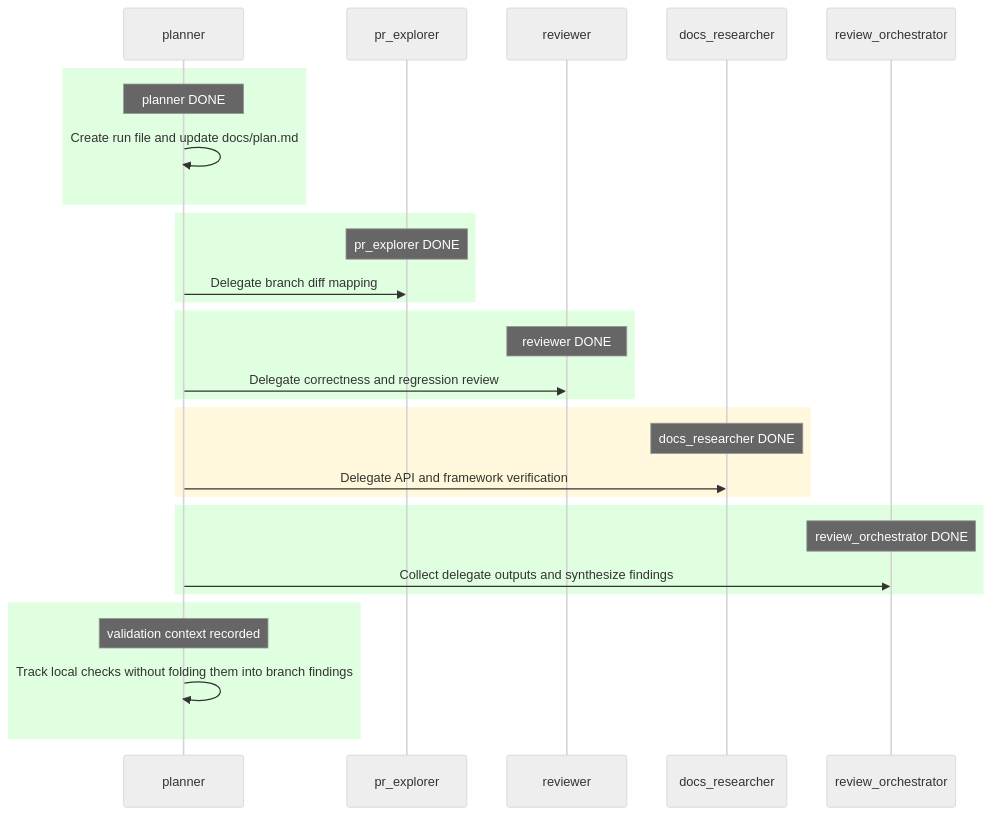
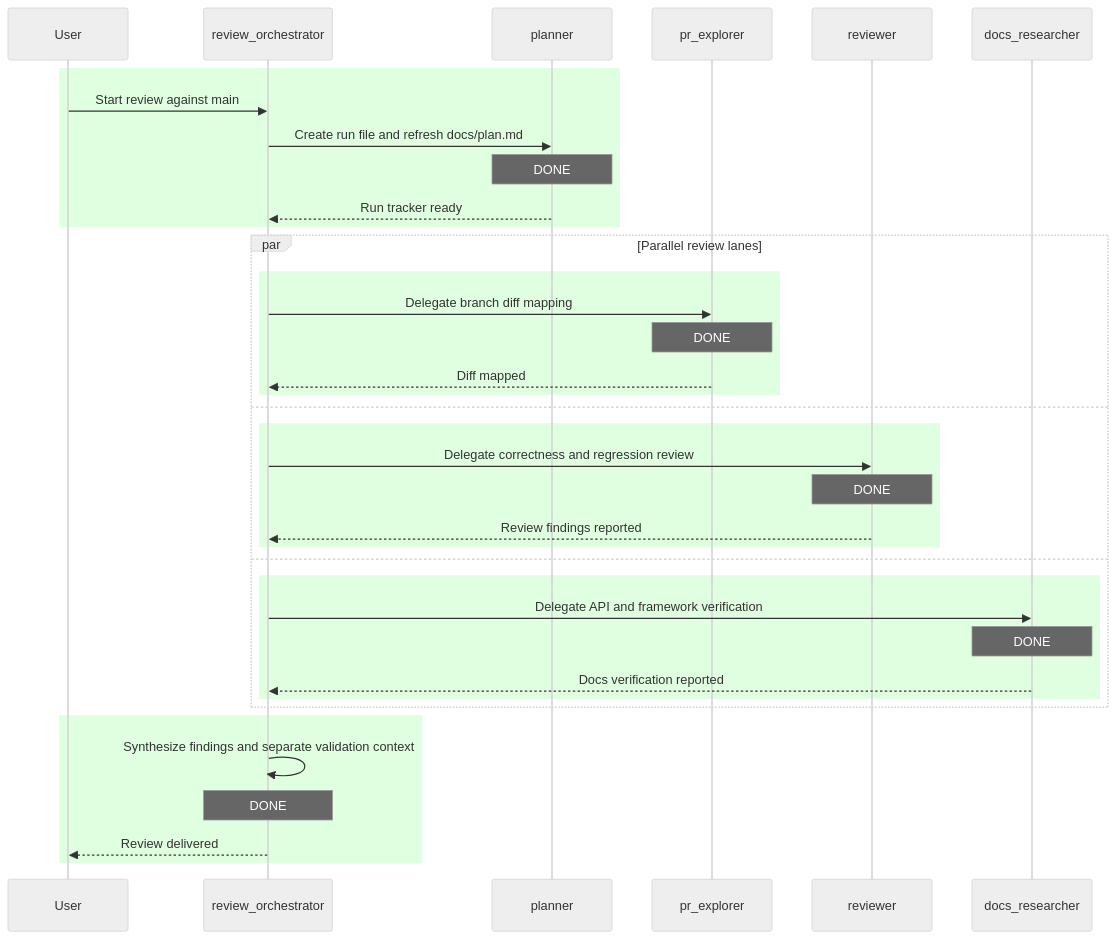
Before and after one commit to juananmora/test-codex-ide: the diagram in docs/plans/2026-03-20_12-01-57_review-main.md, drawn with Mermaid (neutral theme). The commit also changed 1 other file, not shown here.

Commit message:
Enhance review orchestration flow in sequence diagrams for clarity and detail

````diff
--- a/docs/plans/2026-03-20_12-01-57_review-main.md
+++ b/docs/plans/2026-03-20_12-01-57_review-main.md
@@ -48,38 +48,42 @@
 ```mermaid
 sequenceDiagram
+    participant U as User
+    participant O as review_orchestrator
     participant P as planner
     participant E as pr_explorer
     participant R as reviewer
     participant D as docs_researcher
-    participant O as review_orchestrator
 
     rect rgb(224, 255, 224)
-        note over P: planner DONE
-        P->>P: Create run file and update docs/plan.md
+        U->>O: Start review against main
+        O->>P: Create run file and refresh docs/plan.md
+        Note over P: DONE
+        P-->>O: Run tracker ready
+    end
+
+    par Parallel review lanes
+        rect rgb(224, 255, 224)
+        O->>E: Delegate branch diff mapping
+        Note over E: DONE
+        E-->>O: Diff mapped
+        end
+    and
+        rect rgb(224, 255, 224)
+        O->>R: Delegate correctness and regression review
+        Note over R: DONE
+        R-->>O: Review findings reported
+        end
+    and
+        rect rgb(224, 255, 224)
+        O->>D: Delegate API and framework verification
+        Note over D: DONE
+        D-->>O: Docs verification reported
+        end
     end
 
     rect rgb(224, 255, 224)
-        note over E: pr_explorer DONE
-        P->>E: Delegate branch diff mapping
-    end
-
-    rect rgb(224, 255, 224)
-        note over R: reviewer DONE
-        P->>R: Delegate correctness and regression review
-    end
-
-    rect rgb(255, 248, 220)
-        note over D: docs_researcher DONE
-        P->>D: Delegate API and framework verification
-    end
-
-    rect rgb(224, 255, 224)
-        note over O: review_orchestrator DONE
-        P->>O: Collect delegate outputs and synthesize findings
-    end
-
-    rect rgb(224, 255, 224)
-        note over P: validation context recorded
-        P->>P: Track local checks without folding them into branch findings
+        O->>O: Synthesize findings and separate validation context
+        Note over O: DONE
+        O-->>U: Review delivered
     end
 ```
````
